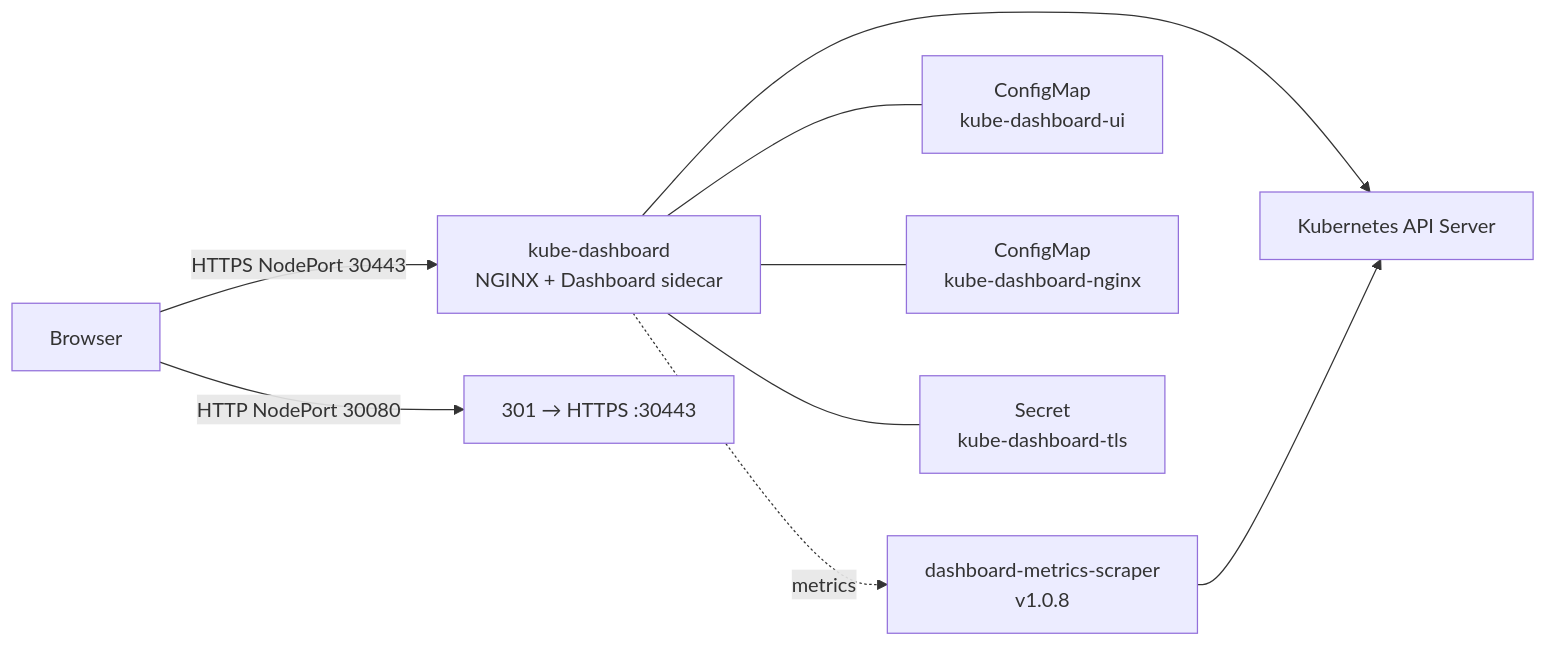
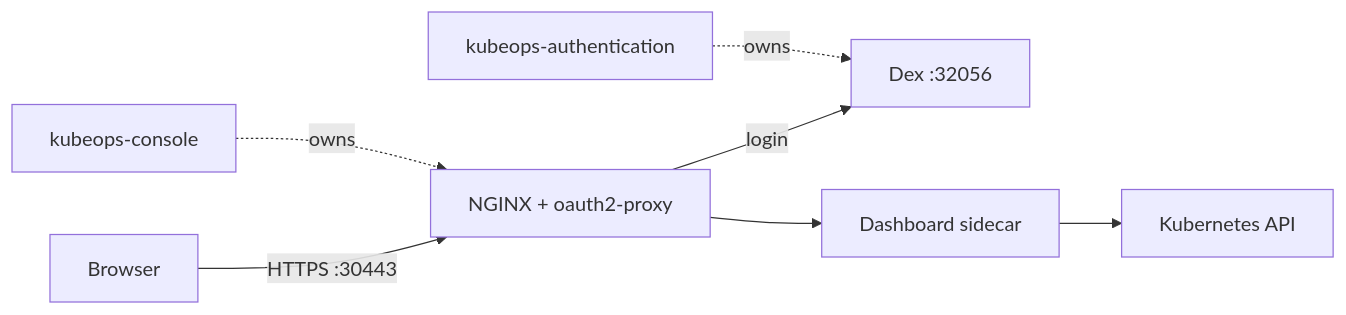
Before and after one commit to Deepak-Das01/dashboard-ocp: the diagram in README.md, drawn with Mermaid. The commit also changed other lines of this file, not shown here.

First line of the commit message:
Update README for kubeops operators and OIDC quick start.

````diff
--- a/README.md
+++ b/README.md
@@ -236,11 +285,9 @@
 ```mermaid
 flowchart LR
-  Browser -->|HTTPS NodePort 30443| KD["kube-dashboard<br/>NGINX + Dashboard sidecar"]
-  Browser -->|HTTP NodePort 30080| Redirect["301 → HTTPS :30443"]
-  KD --> API["Kubernetes API Server"]
-  Scraper["dashboard-metrics-scraper<br/>v1.0.8"] --> API
-  KD -.->|metrics| Scraper
-  KD --- CSS["ConfigMap<br/>kube-dashboard-ui"]
-  KD --- Conf["ConfigMap<br/>kube-dashboard-nginx"]
-  KD --- TLS["Secret<br/>kube-dashboard-tls"]
+  Browser -->|HTTPS :30443| NGINX["NGINX + oauth2-proxy"]
+  NGINX -->|login| Dex["Dex :32056"]
+  NGINX --> Dash["Dashboard sidecar"]
+  Dash --> API["Kubernetes API"]
+  OpC["kubeops-console"] -.->|owns| NGINX
+  OpA["kubeops-authentication"] -.->|owns| Dex
 ```
````
